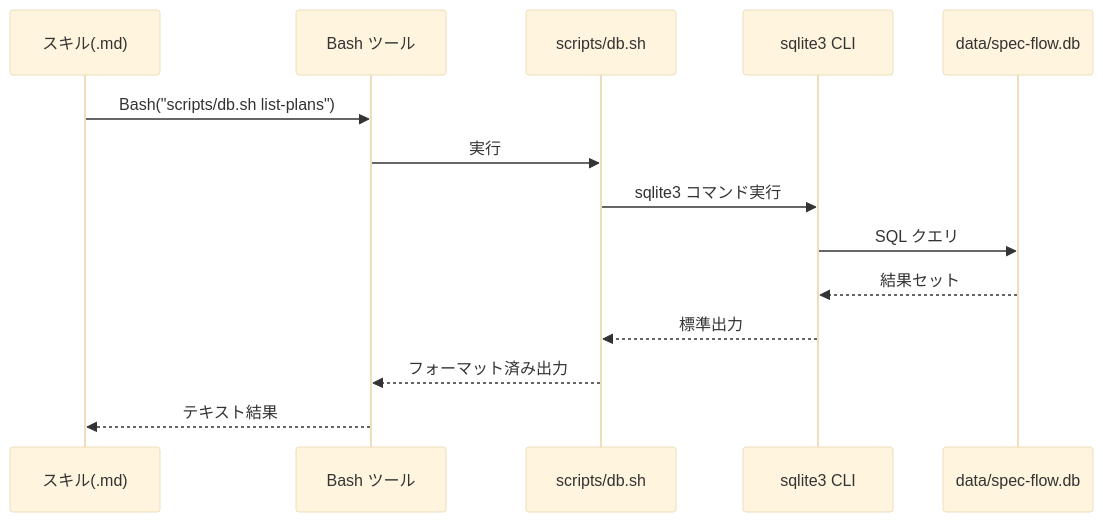
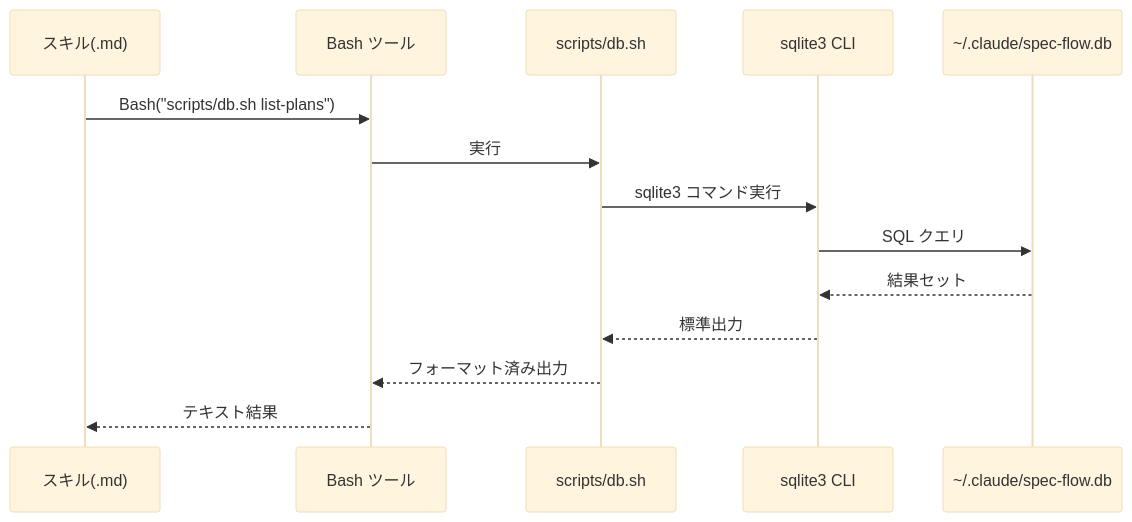
The first of 4 diagrams in docs/plans/sqlite-plan-storage/plan.md (884js/spec-driven-dev), drawn with Mermaid (base theme) before and after one commit. The commit also changed other lines of this file and 1 other file, not shown here.

````diff
--- a/docs/plans/sqlite-plan-storage/plan.md
+++ b/docs/plans/sqlite-plan-storage/plan.md
@@ -90,17 +100,17 @@
 ```mermaid
 sequenceDiagram
     participant Skill as スキル(.md)
     participant Bash as Bash ツール
     participant DbSh as scripts/db.sh
     participant SQLite as sqlite3 CLI
-    participant DB as data/spec-flow.db
+    participant DB as ~/.claude/spec-flow.db
 
     Skill->>Bash: Bash("scripts/db.sh list-plans")
     Bash->>DbSh: 実行
     DbSh->>SQLite: sqlite3 コマンド実行
     SQLite->>DB: SQL クエリ
     DB-->>SQLite: 結果セット
     SQLite-->>DbSh: 標準出力
     DbSh-->>Bash: フォーマット済み出力
     Bash-->>Skill: テキスト結果
 ```
````
